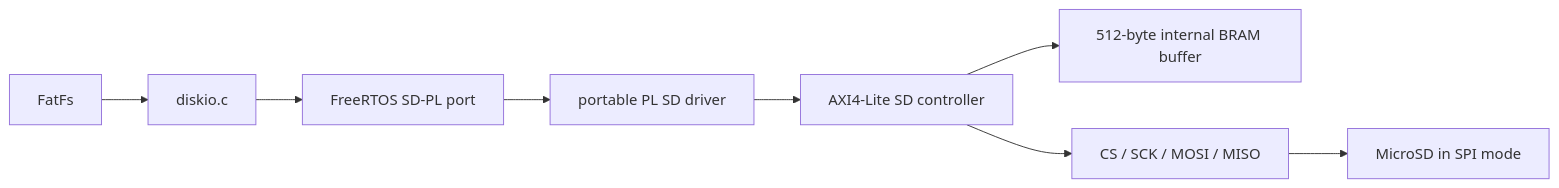
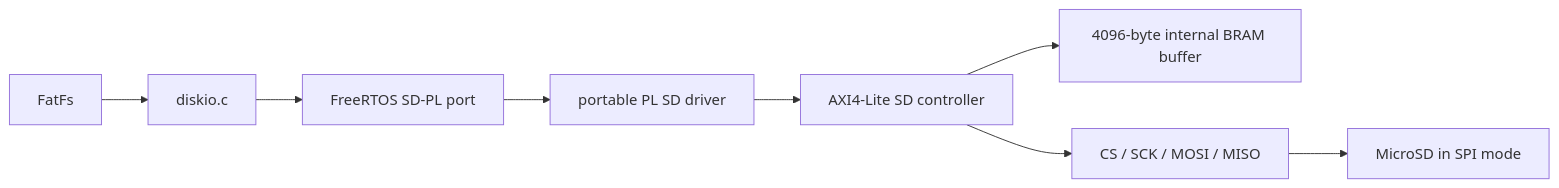
One commit to igtrefilov/bvstk changed the diagram in docs/dev/sd-card.md. Above: the diagram before and after it, drawn with Mermaid. The commit also changed other lines of this file and 7 other files, not shown here.

````diff
--- a/docs/dev/sd-card.md
+++ b/docs/dev/sd-card.md
@@ -8,10 +8,10 @@
 ```mermaid
 flowchart LR
     FatFs[FatFs] --> DiskIO[diskio.c]
     DiskIO --> Port[FreeRTOS SD-PL port]
     Port --> Core[portable PL SD driver]
     Core --> AXI[AXI4-Lite SD controller]
-    AXI --> BRAM[512-byte internal BRAM buffer]
+    AXI --> BRAM[4096-byte internal BRAM buffer]
     AXI --> SPI[CS / SCK / MOSI / MISO]
     SPI --> Card[MicroSD in SPI mode]
 ```
````
